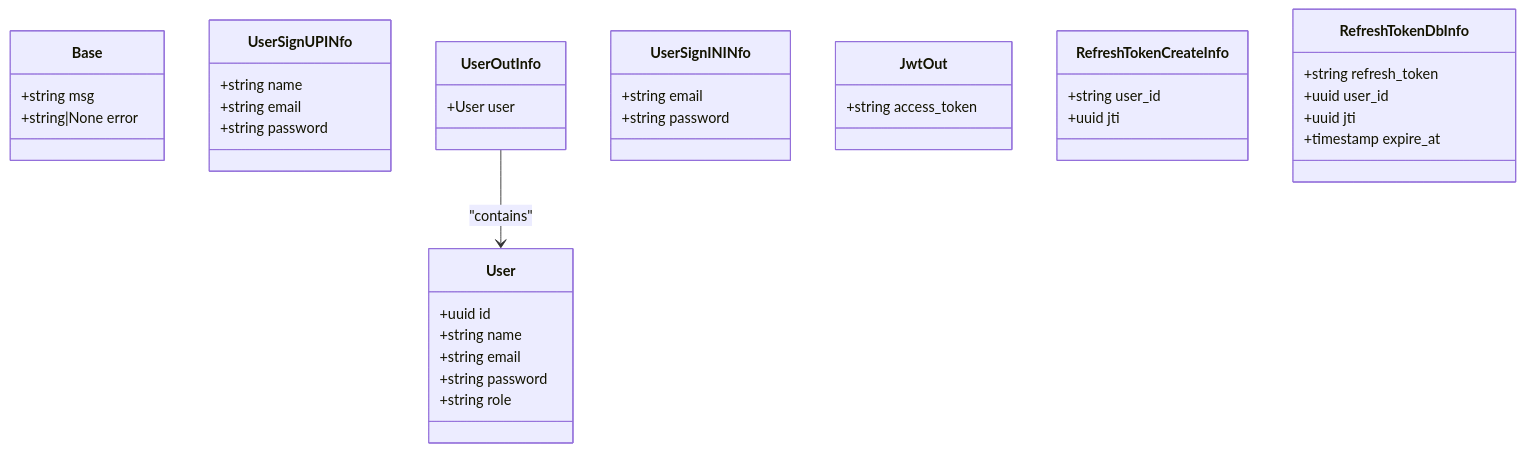
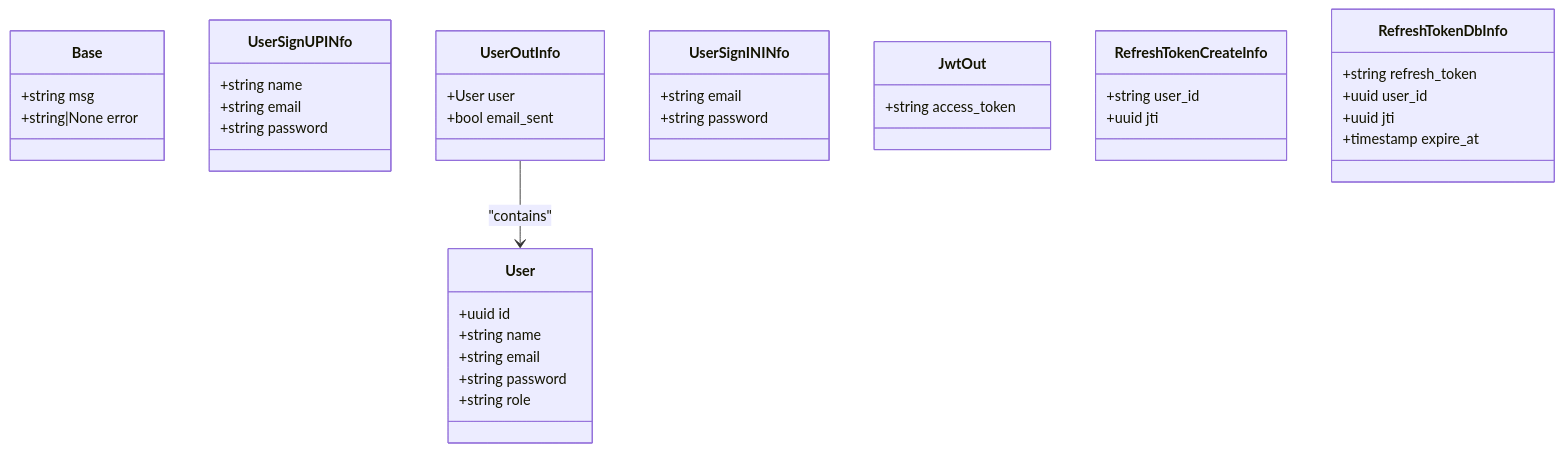
One commit to srikant-panda/auth-service changed the eighth of 13 diagrams in .qoder/repowiki/en/content/Core Concepts/User Authentication System.md. Above: the diagram before and after it, drawn with Mermaid. The commit also changed other lines of this file and 11 other files, not shown here.

````diff
--- a/.qoder/repowiki/en/content/Core Concepts/User Authentication System.md
+++ b/.qoder/repowiki/en/content/Core Concepts/User Authentication System.md
@@ -312,40 +363,41 @@
 ```mermaid
 classDiagram
 class Base {
 +string msg
 +string|None error
 }
 class User {
 +uuid id
 +string name
 +string email
 +string password
 +string role
 }
 class UserSignUPINfo {
 +string name
 +string email
 +string password
 }
 class UserOutInfo {
 +User user
++bool email_sent
 }
 class UserSignININfo {
 +string email
 +string password
 }
 class JwtOut {
 +string access_token
 }
 class RefreshTokenCreateInfo {
 +string user_id
 +uuid jti
 }
 class RefreshTokenDbInfo {
 +string refresh_token
 +uuid user_id
 +uuid jti
 +timestamp expire_at
 }
 UserOutInfo --> User : "contains"
 ```
````
